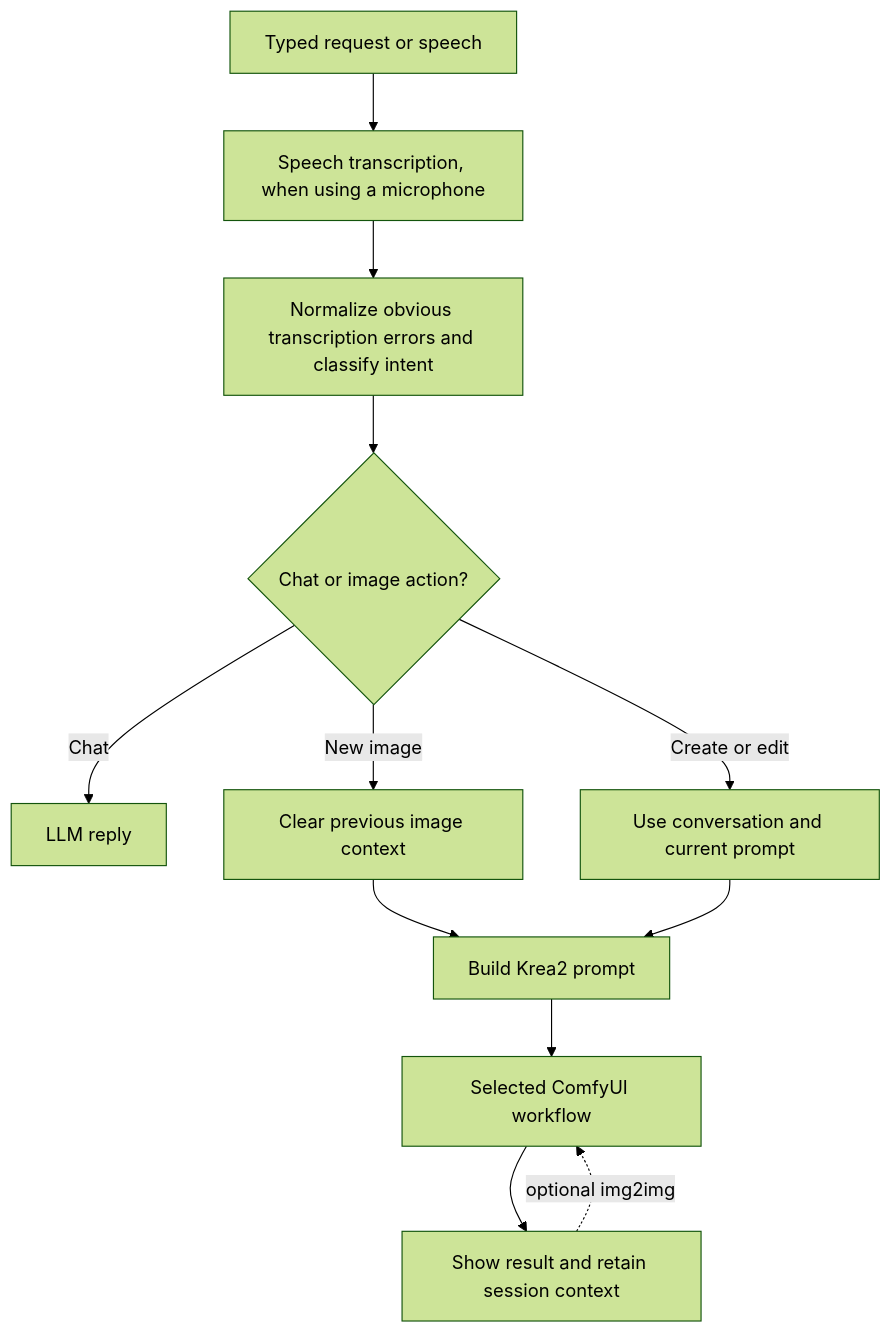
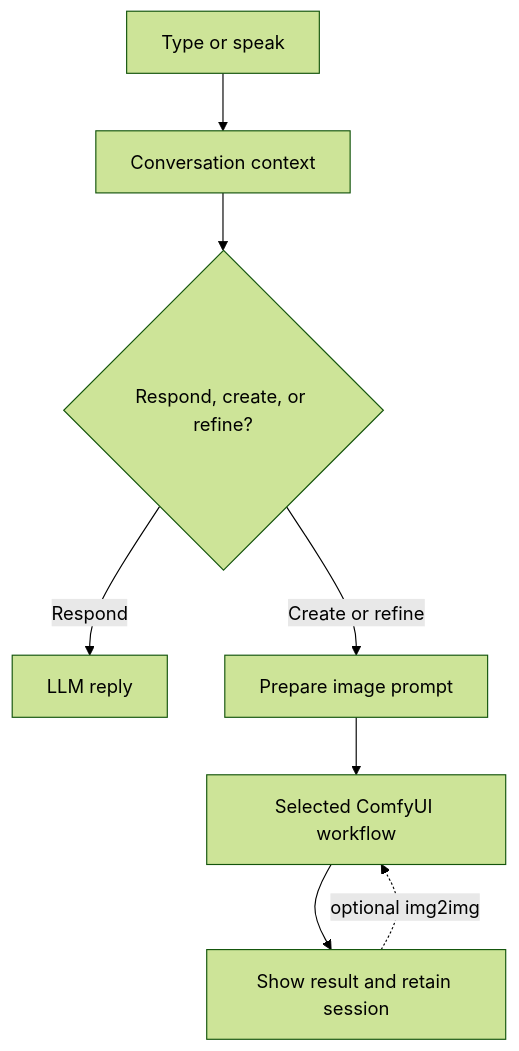
Before and after one commit to Darfcvr/Luma: the second of 2 diagrams in README.md, drawn with Mermaid (forest theme). The commit also changed other lines of this file, not shown here.

````diff
--- a/README.md
+++ b/README.md
@@ -59,14 +54,10 @@
 ```mermaid
 flowchart TD
-    A[Typed request or speech] --> B[Speech transcription, when using a microphone]
-    B --> C[Normalize obvious transcription errors and classify intent]
-    C --> D{Chat or image action?}
-    D -- Chat --> E[LLM reply]
-    D -- New image --> F[Clear previous image context]
-    D -- Create or edit --> G[Use conversation and current prompt]
-    F --> H[Build Krea2 prompt]
-    G --> H
-    H --> I[Selected ComfyUI workflow]
-    I --> J[Show result and retain session context]
-    J -. optional img2img .-> I
+    A[Type or speak] --> B[Conversation context]
+    B --> C{Respond, create, or refine?}
+    C -->|Respond| D[LLM reply]
+    C -->|Create or refine| E[Prepare image prompt]
+    E --> F[Selected ComfyUI workflow]
+    F --> G[Show result and retain session]
+    G -. optional img2img .-> F
 ```
````
